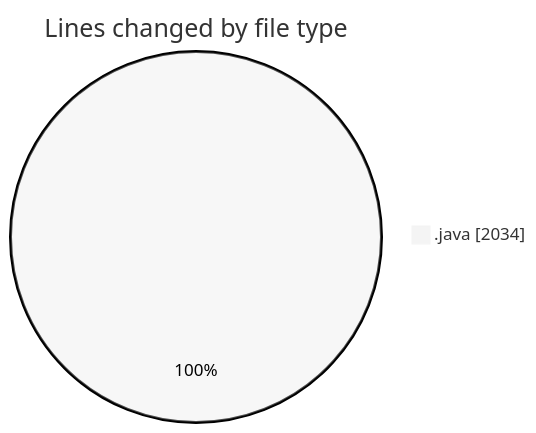
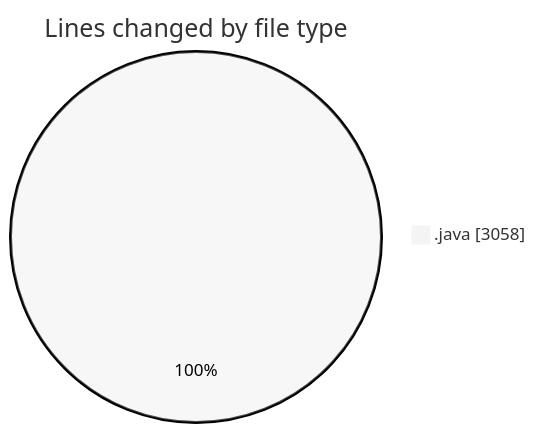
One commit to ricardozamudiocil/code-tracking changed the first of 2 diagrams in 2026-04-24/cilapp/README.md. Above: the diagram before and after it, drawn with Mermaid (neutral theme). The commit also changed other lines of this file and 1 other file, not shown here.

````diff
--- a/2026-04-24/cilapp/README.md
+++ b/2026-04-24/cilapp/README.md
@@ -21,5 +22,5 @@
 ```mermaid
 pie showData
 title Lines changed by file type
-".java" : 2034
+".java" : 3058
 ```
````
